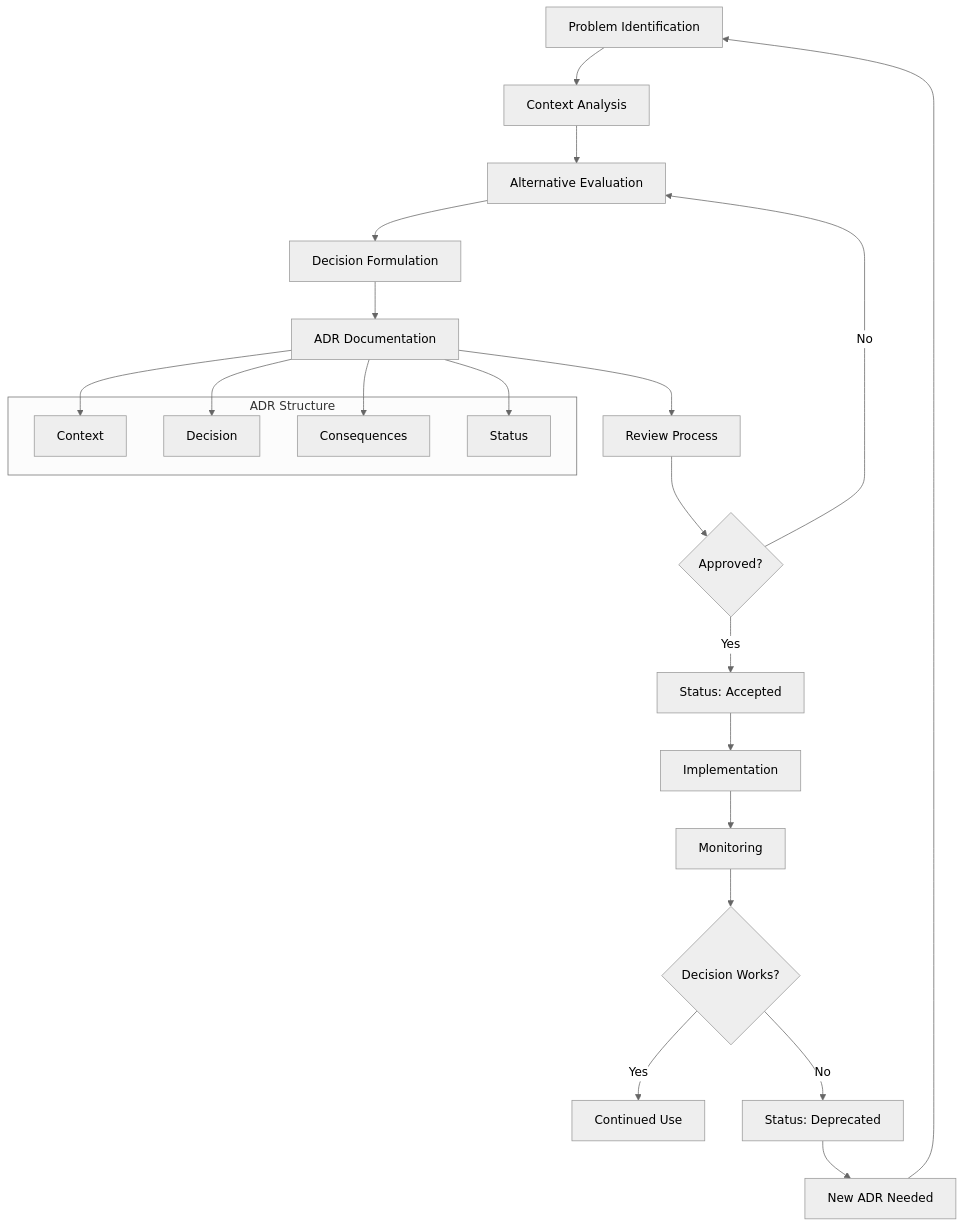
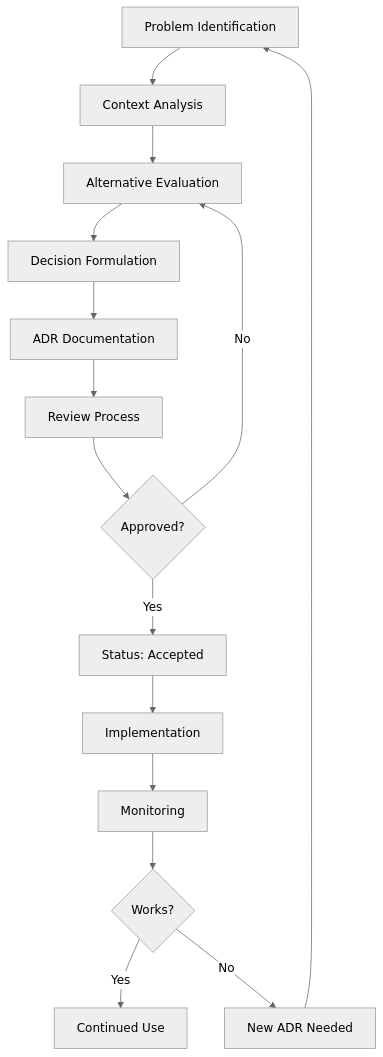
Before and after one commit to Geonitab/architecture_as_code: the diagram in docs/images/diagram_04_adr_chapter.mmd, drawn with Mermaid (neutral theme). The commit also changed 36 other files, not shown here.

Commit message:
Split large diagrams to meet 15-element limit

```diff
--- a/docs/images/diagram_04_adr_chapter.mmd
+++ b/docs/images/diagram_04_adr_chapter.mmd
@@ -1,28 +1,15 @@
 graph TD
     A[Problem Identification]:::kv-primary --> B[Context Analysis]:::kv-highlight
     B --> C[Alternative Evaluation]:::kv-accent
     C --> D[Decision Formulation]:::kv-accent
     D --> E[ADR Documentation]:::kv-primary
     E --> F[Review Process]:::kv-highlight
     F --> G{Approved?}:::kv-outline
     G -->|Yes| H[Status: Accepted]:::kv-accent
     G -->|No| C
     H --> I[Implementation]:::kv-primary
     I --> J[Monitoring]:::kv-highlight
-    J --> K{Decision Works?}:::kv-outline
+    J --> K{Works?}:::kv-outline
     K -->|Yes| L[Continued Use]:::kv-accent
-    K -->|No| M[Status: Deprecated]:::kv-muted
-    M --> N[New ADR Needed]:::kv-pattern
-    N --> A
-
-    subgraph "ADR Structure"
-        E1[Context]:::kv-muted
-        E2[Decision]:::kv-accent
-        E3[Consequences]:::kv-highlight
-        E4[Status]:::kv-muted
-    end
-
-    E --> E1
-    E --> E2
-    E --> E3
-    E --> E4
+    K -->|No| M[New ADR Needed]:::kv-pattern
+    M --> A
```
